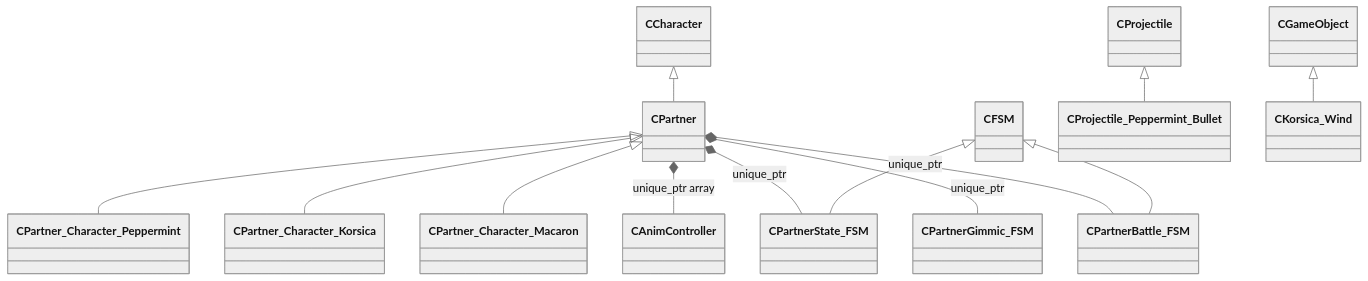
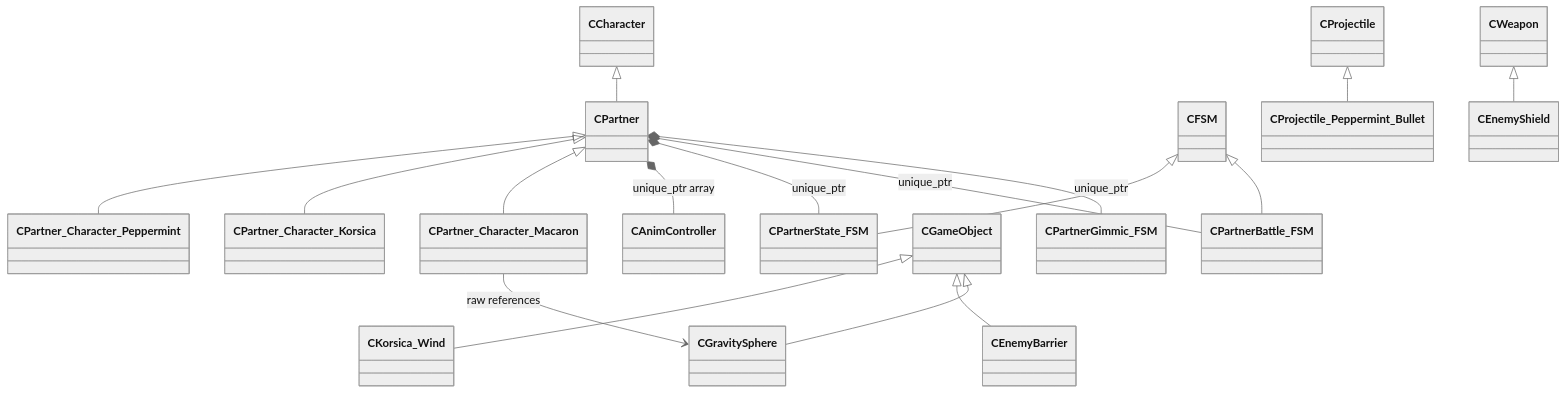
One commit to enopid/GameProgramming-Portfolio changed the diagram in Content/Hi-Fi-RUSH/Partner-Combat/README.md. Above: the diagram before and after it, drawn with Mermaid (neutral theme). The commit also changed other lines of this file and 59 other files, not shown here.

````diff
--- a/Content/Hi-Fi-RUSH/Partner-Combat/README.md
+++ b/Content/Hi-Fi-RUSH/Partner-Combat/README.md
@@ -7,15 +7,19 @@
 ```mermaid
 classDiagram
     CCharacter <|-- CPartner
     CPartner <|-- CPartner_Character_Peppermint
     CPartner <|-- CPartner_Character_Korsica
     CPartner <|-- CPartner_Character_Macaron
     CFSM <|-- CPartnerState_FSM
     CFSM <|-- CPartnerBattle_FSM
     CProjectile <|-- CProjectile_Peppermint_Bullet
     CGameObject <|-- CKorsica_Wind
+    CWeapon <|-- CEnemyShield
+    CGameObject <|-- CEnemyBarrier
+    CGameObject <|-- CGravitySphere
     CPartner *-- CAnimController : unique_ptr array
     CPartner *-- CPartnerState_FSM : unique_ptr
     CPartner *-- CPartnerBattle_FSM : unique_ptr
     CPartner *-- CPartnerGimmic_FSM : unique_ptr
+    CPartner_Character_Macaron --> CGravitySphere : raw references
 ```
````
